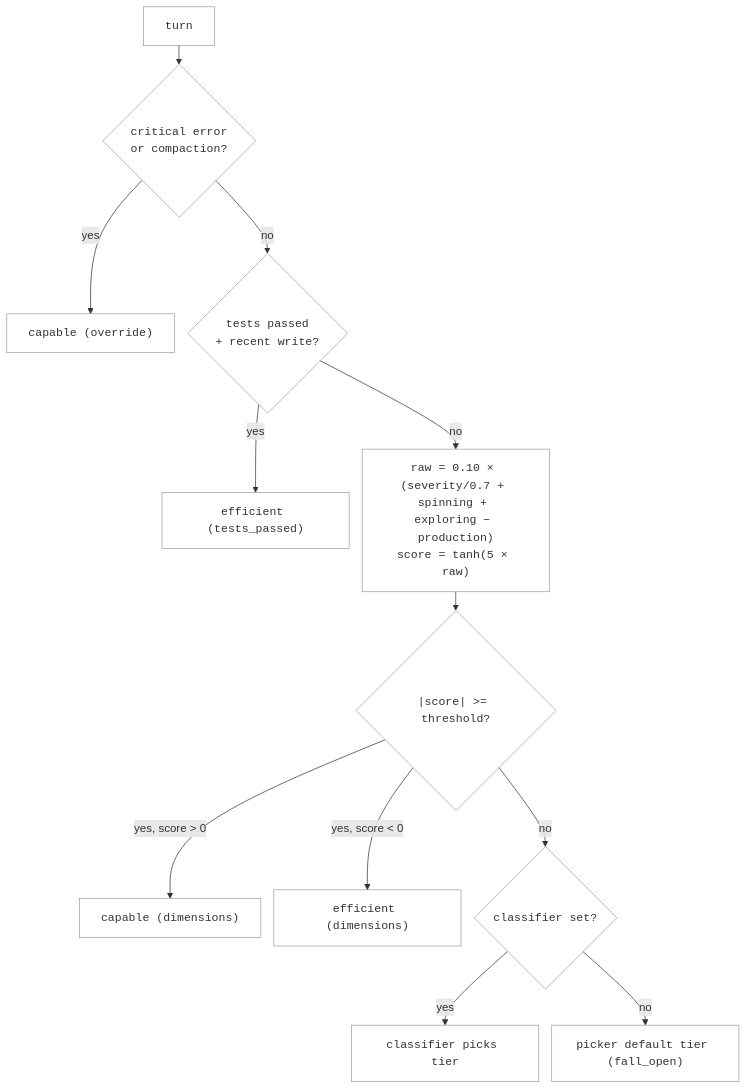
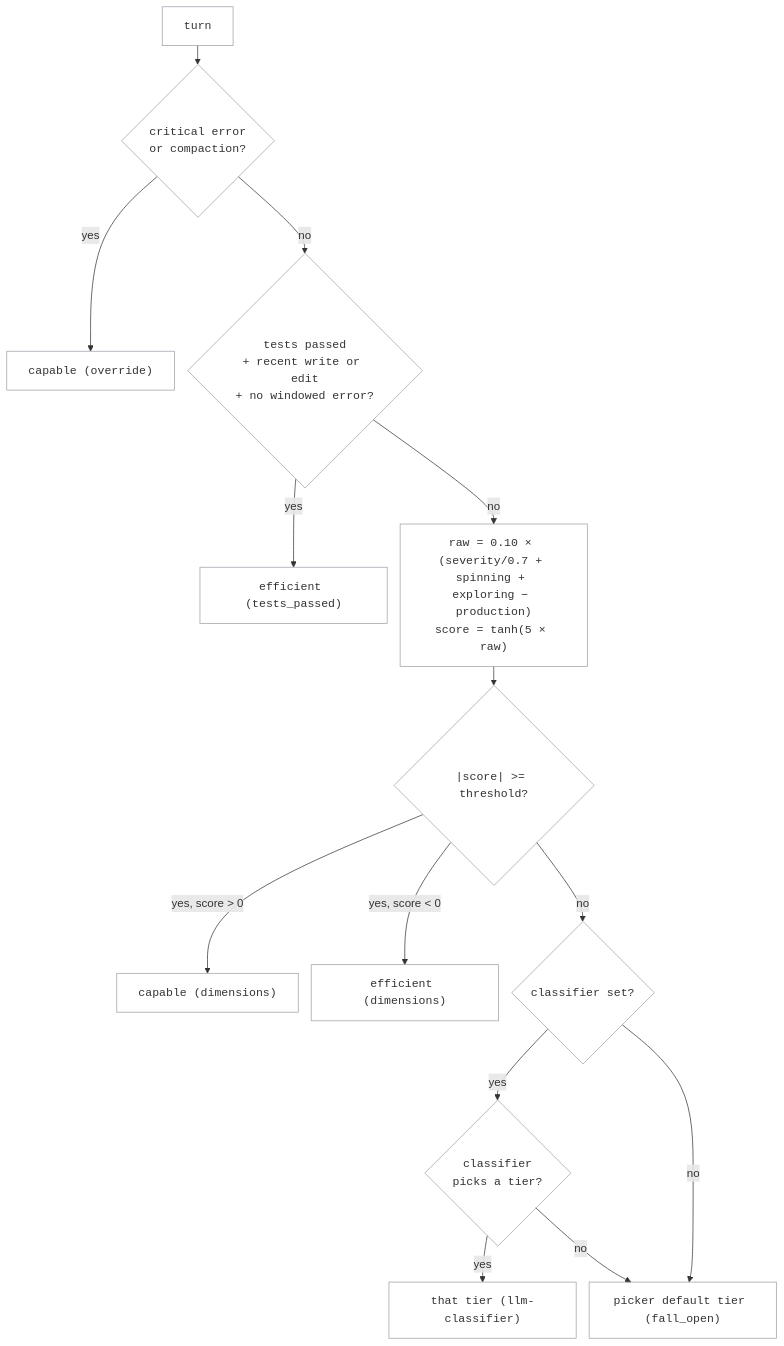
One commit to NVIDIA-NeMo/Switchyard changed the diagram in docs/routing_algorithms/stage_router_routing.md. Above: the diagram before and after it, drawn with Mermaid. The commit also changed other lines of this file, not shown here.

First line of the commit message:
docs(stage-router): correct the flow, drop the lower-bound claim, fix the log path

````diff
--- a/docs/routing_algorithms/stage_router_routing.md
+++ b/docs/routing_algorithms/stage_router_routing.md
@@ -63,18 +63,20 @@
 ```mermaid
 %%{init: {"flowchart": {"nodeSpacing": 18, "rankSpacing": 26}}}%%
 flowchart TB
     t["turn"] --> h{"critical error<br/>or compaction?"}
     h -->|yes| cap["capable (override)"]
-    h -->|no| dz{"tests passed<br/>+ recent write?"}
+    h -->|no| dz{"tests passed<br/>+ recent write or edit<br/>+ no windowed error?"}
     dz -->|yes| eff["efficient (tests_passed)"]
     dz -->|no| sc["raw = 0.10 × (severity/0.7 + spinning + exploring − production)<br/>score = tanh(5 × raw)"]
     sc --> g{"|score| >= threshold?"}
     g -->|"yes, score > 0"| cap2["capable (dimensions)"]
     g -->|"yes, score < 0"| eff2["efficient (dimensions)"]
     g -->|no| c{"classifier set?"}
-    c -->|yes| k["classifier picks tier"]
-    c -->|no| d["picker default tier (fall_open)"]
+    c -->|yes| k{"classifier<br/>picks a tier?"}
+    k -->|yes| kt["that tier (llm-classifier)"]
+    k -->|no| d["picker default tier (fall_open)"]
+    c -->|no| d
 
     classDef box font-family:monospace,fill:none,stroke:#9aa0a6,stroke-width:1px;
-    class t,h,dz,sc,g,c,cap,eff,cap2,eff2,k,d box;
+    class t,h,dz,sc,g,c,cap,eff,cap2,eff2,k,kt,d box;
 ```
````
